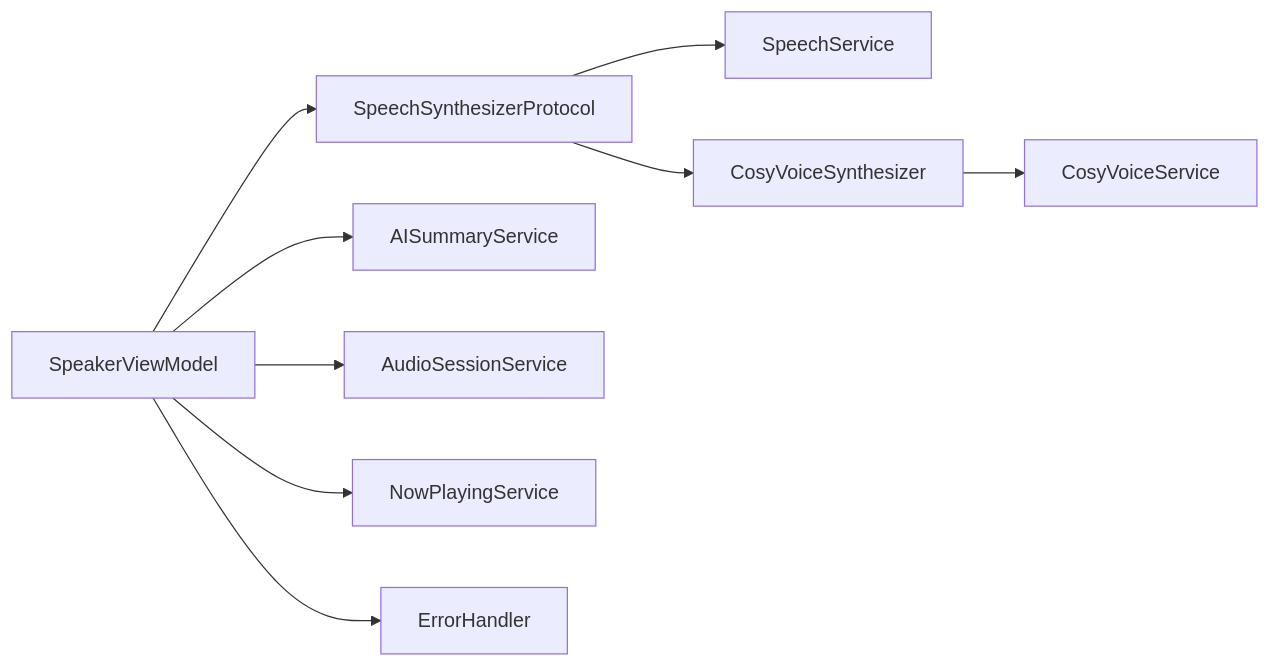
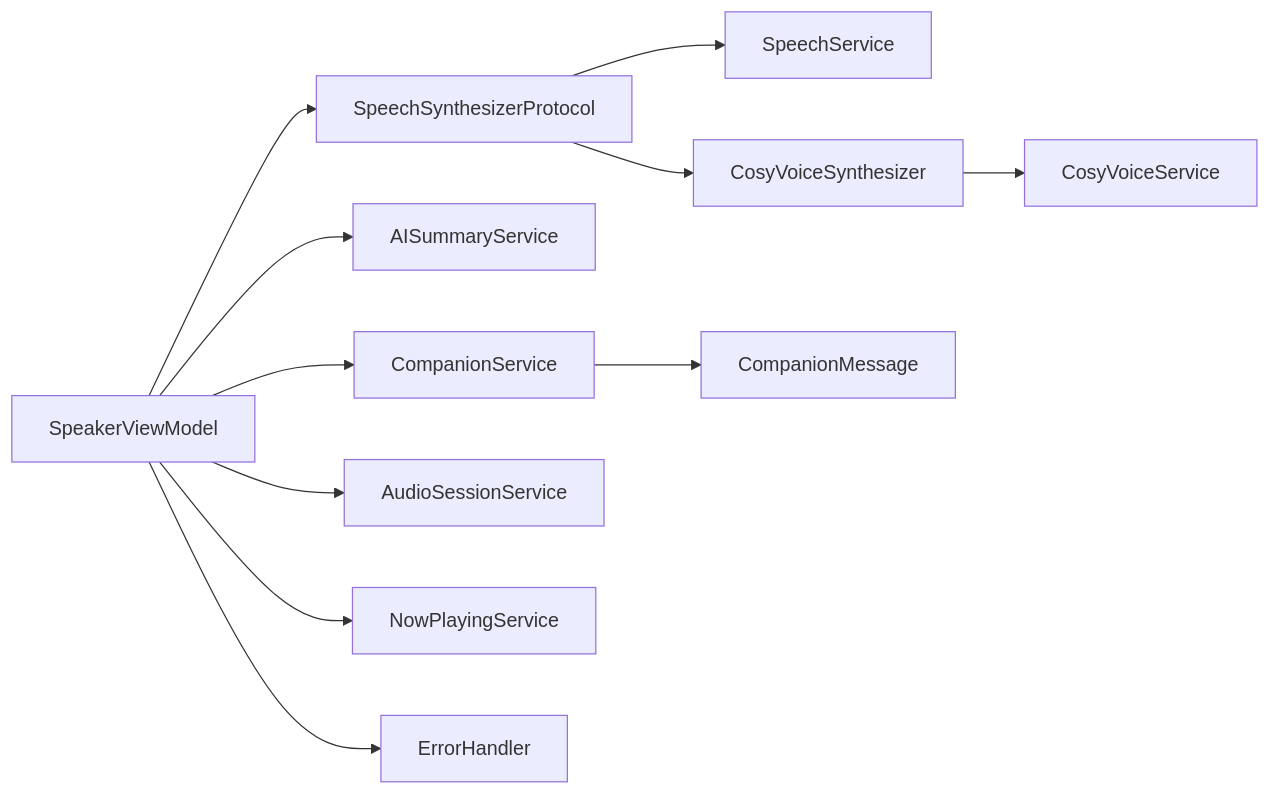
Before and after one commit to Primoguo/Knowledge: the eighth of 8 diagrams in .qoder/repowiki/zh/content/架构设计/服务层设计/服务层设计.md, drawn with Mermaid. The commit also changed other lines of this file and 32 other files, not shown here.

````diff
--- a/.qoder/repowiki/zh/content/架构设计/服务层设计/服务层设计.md
+++ b/.qoder/repowiki/zh/content/架构设计/服务层设计/服务层设计.md
@@ -347,11 +433,13 @@
 ```mermaid
 graph LR
 VM["SpeakerViewModel"] --> P["SpeechSynthesizerProtocol"]
 P --> S["SpeechService"]
 P --> CS["CosyVoiceSynthesizer"]
 CS --> CV["CosyVoiceService"]
 VM --> AIS["AISummaryService"]
+VM --> COMP["CompanionService"]
 VM --> AS["AudioSessionService"]
 VM --> NP["NowPlayingService"]
 VM --> EH["ErrorHandler"]
+COMP --> CM["CompanionMessage"]
 ```
````
